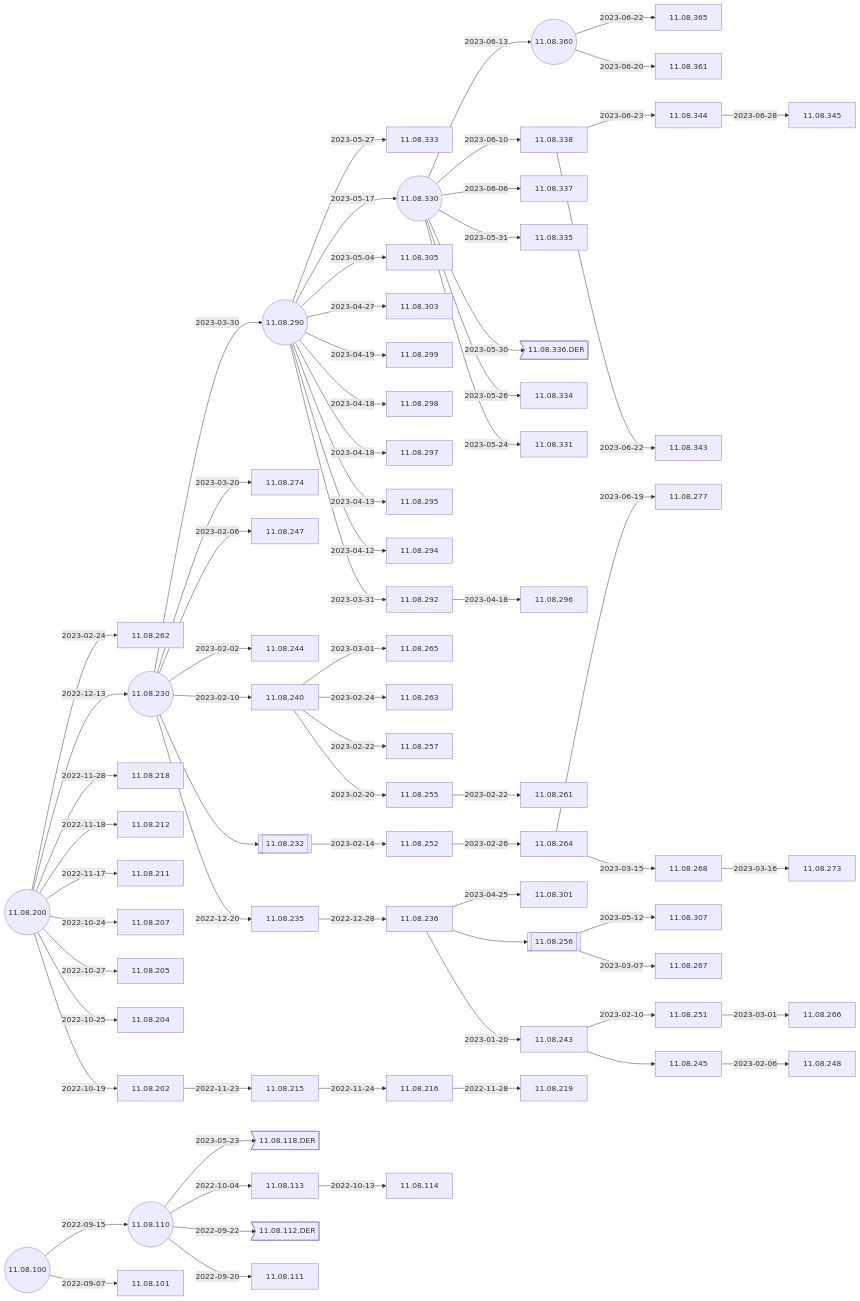
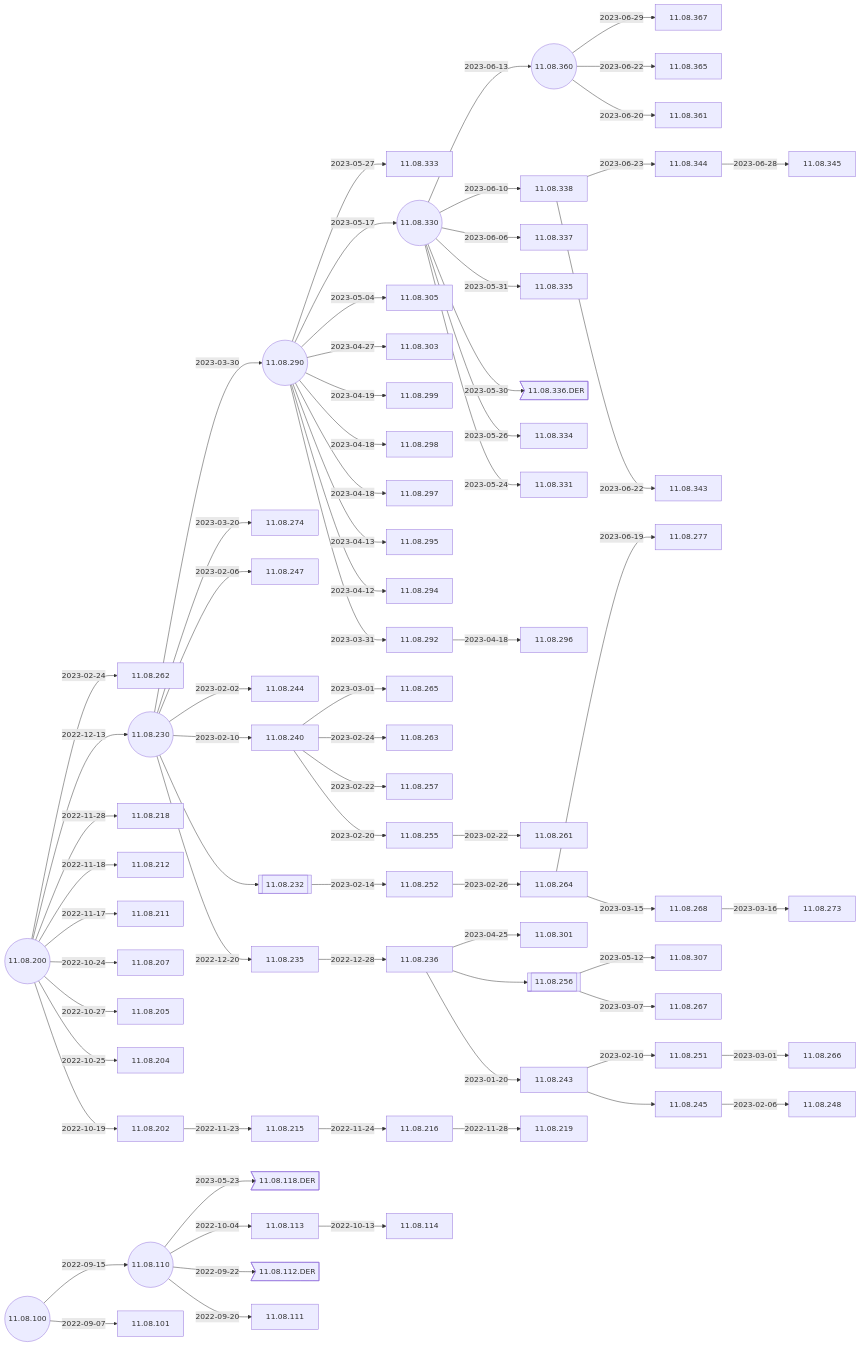
Before and after one commit to IGEL-Community/IGEL-Docs-v02: the second of 4 diagrams in docs/Docs/ReleaseNotes/01-OS11/README.md, drawn with Mermaid. The commit also changed 2 other files, not shown here.

Commit message:
11.08.367 < 11.08.360

````diff
--- a/docs/Docs/ReleaseNotes/01-OS11/README.md
+++ b/docs/Docs/ReleaseNotes/01-OS11/README.md
@@ -39,5 +39,6 @@
 ```mermaid
 flowchart LR
+    11.08.360-- 2023-06-29 -->11.08.367
     11.08.344-- 2023-06-28 -->11.08.345
     11.08.338-- 2023-06-23 -->11.08.344
     11.08.338-- 2023-06-22 -->11.08.343
@@ -91,6 +92,7 @@
     11.08.110((11.08.110))-- 2022-09-22 -->11.08.112.DER>11.08.112.DER]
     11.08.100-- 2022-09-15 -->11.08.110-- 2022-09-20 -->11.08.111
     11.08.100((11.08.100))-- 2022-09-07 -->11.08.101
+    click 11.08.367 "https://github.com/IGEL-Community/IGEL-Docs-v02/tree/main/docs/Docs/ReleaseNotes/01-OS11/readme11.08.367.txt" _blank
     click 11.08.345 "https://github.com/IGEL-Community/IGEL-Docs-v02/tree/main/docs/Docs/ReleaseNotes/01-OS11/readme11.08.345.txt" _blank
     click 11.08.344 "https://github.com/IGEL-Community/IGEL-Docs-v02/tree/main/docs/Docs/ReleaseNotes/01-OS11/readme11.08.344.txt" _blank
     click 11.08.343 "https://github.com/IGEL-Community/IGEL-Docs-v02/tree/main/docs/Docs/ReleaseNotes/01-OS11/readme11.08.343.txt" _blank
````
